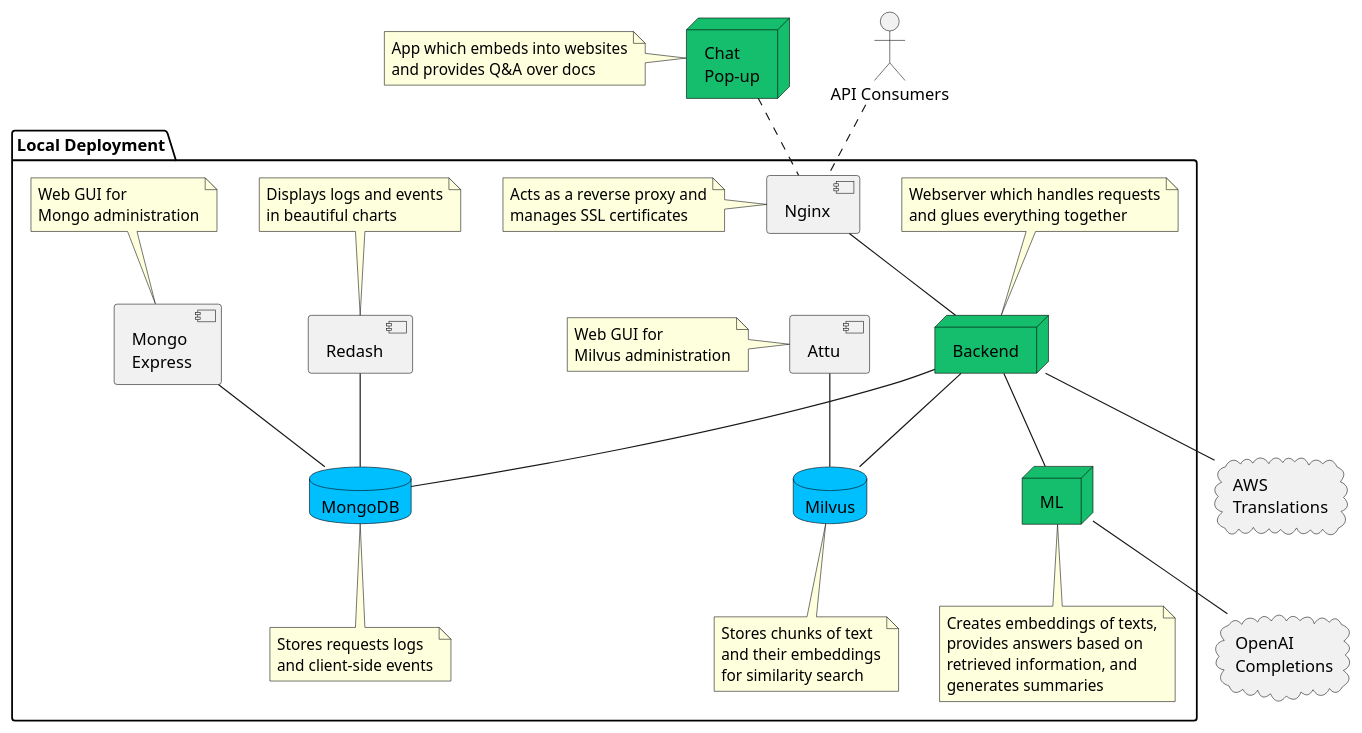
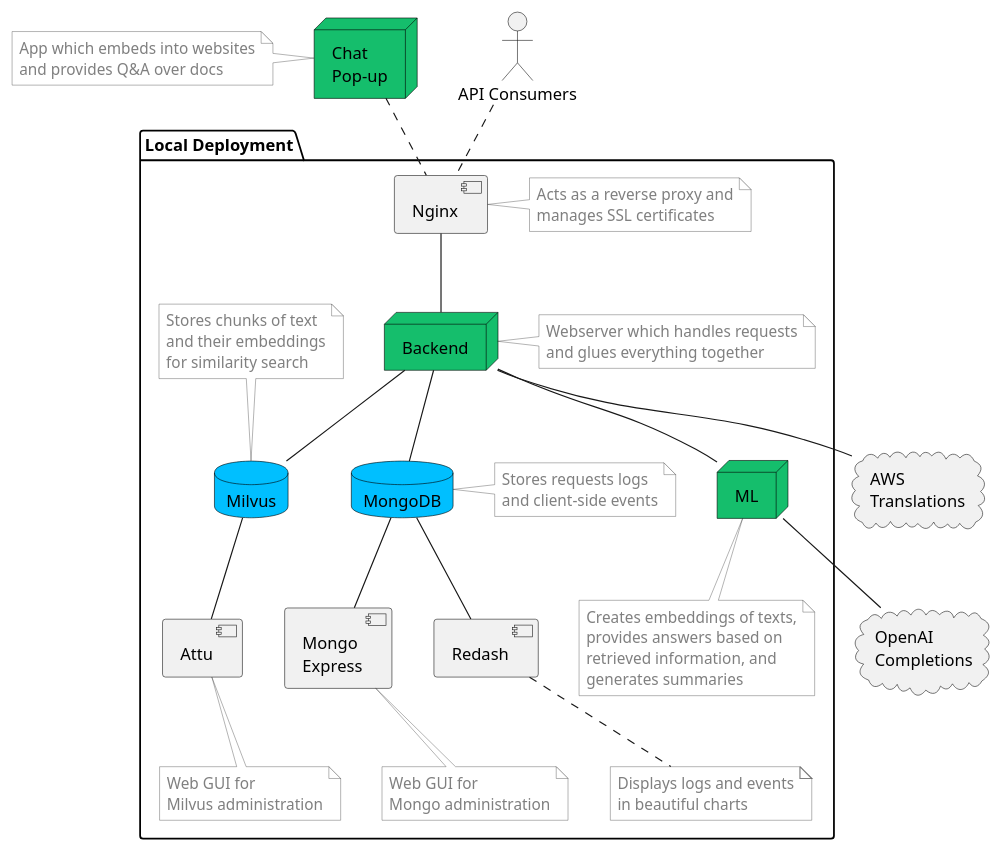
Before and after one commit to furiousteabag/asmirnov.xyz: the diagram in images/askguru-components.plantuml, drawn with PlantUML.

Commit message:
improve placement and notes colors

```diff
--- a/images/askguru-components.plantuml
+++ b/images/askguru-components.plantuml
@@ -1,61 +1,65 @@
 @startuml
 
 skinparam database {
     BackgroundColor deepskyblue
     BorderColor black
     FontColor automatic
 }
 
 skinparam node {
     BackgroundColor 15BE6C
     BorderColor black
 }
 
-
+skinparam note {
+    BackgroundColor ffffff
+    FontColor 00000080
+    BorderColor 00000080
+}
 
 node "Chat\nPop-up"
 note left: App which embeds into websites\nand provides Q&A over docs
 
+cloud "OpenAI\nCompletions" as OpenAI
+
+cloud "AWS\nTranslations" as AWS
+
 package "Local Deployment" {
+    component "Nginx"
+    note right: Acts as a reverse proxy and\nmanages SSL certificates
+
     node "Backend"
-    note top: Webserver which handles requests\nand glues everything together
+    note right: Webserver which handles requests\nand glues everything together
 
     node "ML"
     note bottom: Creates embeddings of texts,\nprovides answers based on\nretrieved information, and\ngenerates summaries
 
     database "MongoDB"
-    note bottom: Stores requests logs\nand client-side events
+    note right: Stores requests logs\nand client-side events
 
     database "Milvus"
-    note bottom: Stores chunks of text\nand their embeddings\nfor similarity search
+    note top: Stores chunks of text\nand their embeddings\nfor similarity search
 
     component "Mongo\nExpress"
-    note top: Web GUI for\nMongo administration
+    note bottom: Web GUI for\nMongo administration
 
     component "Attu"
-    note left: Web GUI for\nMilvus administration
+    note bottom: Web GUI for\nMilvus administration
 
     component "Redash"
-    note top: Displays logs and events\nin beautiful charts
-
-    component "Nginx"
-    note left: Acts as a reverse proxy and\nmanages SSL certificates
+    note bottom: Displays logs and events\nin beautiful charts
 }
-
-cloud "OpenAI\nCompletions" as OpenAI
-
-cloud "AWS\nTranslations" as AWS
 
 [Chat\nPop-up] .. [Nginx]
 :API Consumers: .. [Nginx]
 [Nginx] -- [Backend]
 [Backend] -- [ML]
 [Backend] -- [MongoDB]
 [Backend] -- [Milvus]
-[Redash] -- [MongoDB]
-[Mongo\nExpress] -- [MongoDB]
+[MongoDB] -- [Redash]
+[MongoDB] -- [Mongo\nExpress]
 [ML] -- [OpenAI]
-[Attu] -- [Milvus]
+[Milvus] -- [Attu]
 [Backend] -- [AWS]
 
 @enduml
```
